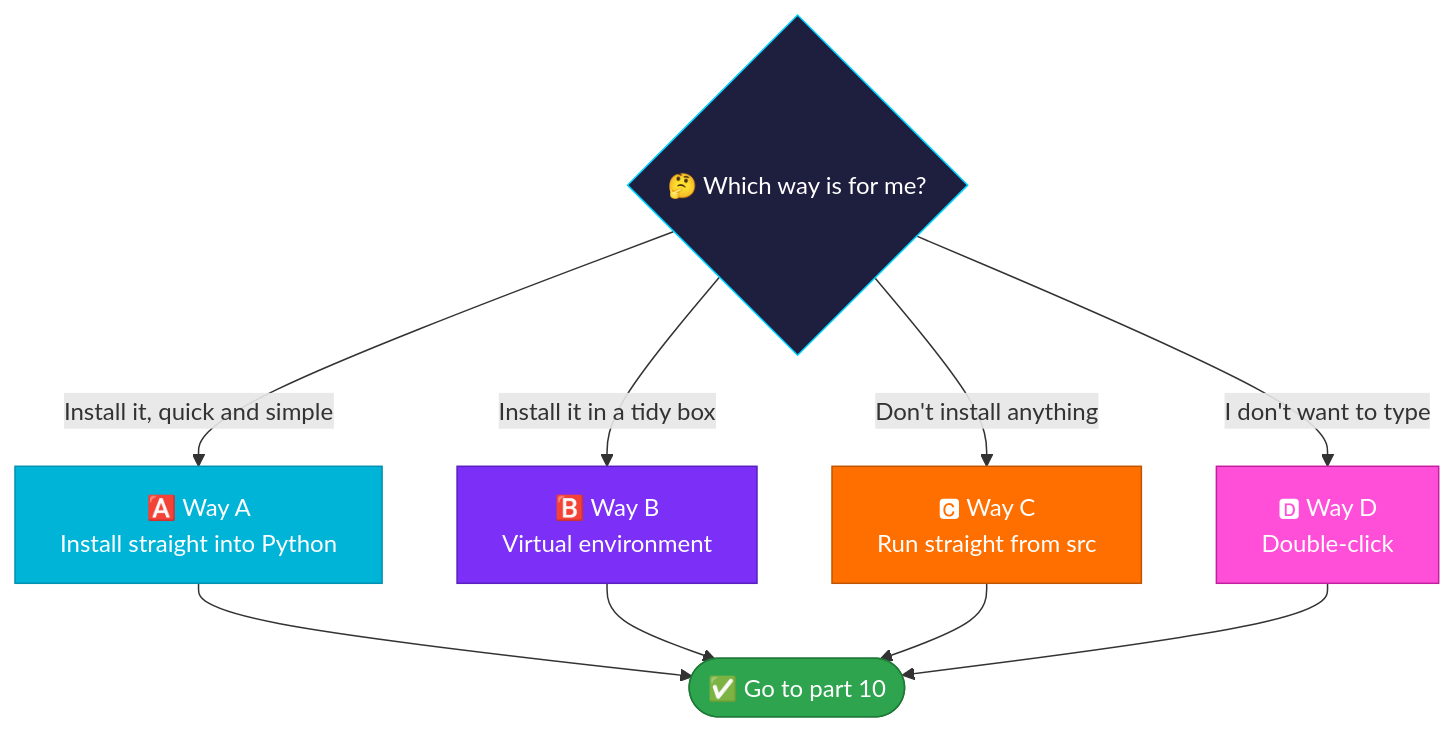
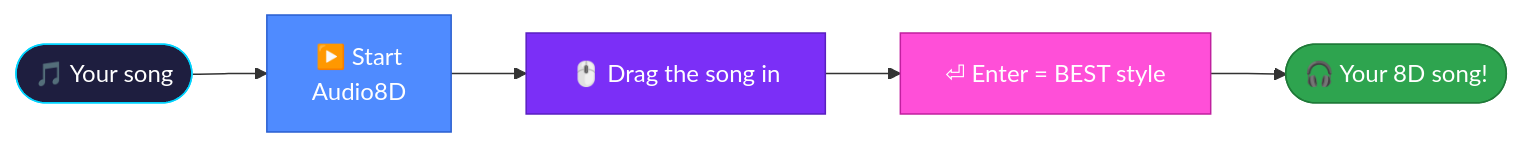
The third of 5 diagrams in 8D/README.md (gcfernando/python_codes), drawn with Mermaid before and after one commit. The commit also changed other lines of this file and 35 other files, not shown here.

Commit message:
Adds real screenshots for each run method, fixes a Python 3.10 test crash, moves the project to an 88-char line limit, and tidies comments and helpers.

````diff
--- a/8D/README.md
+++ b/8D/README.md
@@ -554,19 +764,13 @@
 ```mermaid
-flowchart TD
-    Q{"🤔 Which way is for me?"}:::q
-    Q -- "Install it, quick and simple" --> A["🅰️ Way A<br/>Install straight into Python"]:::a
-    Q -- "Install it in a tidy box" --> B["🅱️ Way B<br/>Virtual environment"]:::b
-    Q -- "Don't install anything" --> C["🅲 Way C<br/>Run straight from src"]:::c
-    Q -- "I don't want to type" --> D["🅳 Way D<br/>Double-click"]:::d
-    A --> OK(["✅ Go to part 10"]):::ok
-    B --> OK
-    C --> OK
-    D --> OK
+flowchart LR
+    A(["🎵 Your song"]):::a --> B["▶️ Start<br/>Audio8D"]:::c
+    B --> C["🖱️ Drag the song in"]:::d
+    C --> D["⏎ Enter = BEST style"]:::e
+    D --> E(["🎧 Your 8D song!"]):::f
 
-    classDef q fill:#1e1e3f,stroke:#00d4ff,color:#fff
-    classDef a fill:#00b4d8,stroke:#0090b0,color:#fff
-    classDef b fill:#7b2ff7,stroke:#5a1fc0,color:#fff
-    classDef c fill:#ff6f00,stroke:#c05500,color:#fff
-    classDef d fill:#ff4fd8,stroke:#c0209f,color:#fff
-    classDef ok fill:#2ea44f,stroke:#1f7a38,color:#fff
+    classDef a fill:#1e1e3f,stroke:#00d4ff,color:#fff
+    classDef c fill:#4f8bff,stroke:#2a5fd0,color:#fff
+    classDef d fill:#7b2ff7,stroke:#5a1fc0,color:#fff
+    classDef e fill:#ff4fd8,stroke:#c0209f,color:#fff
+    classDef f fill:#2ea44f,stroke:#1f7a38,color:#fff
 ```
````
